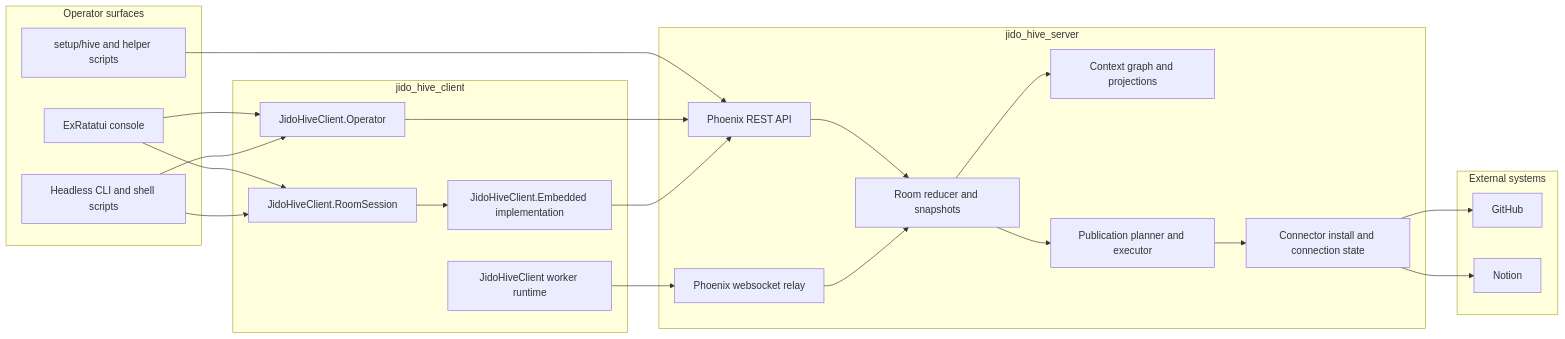
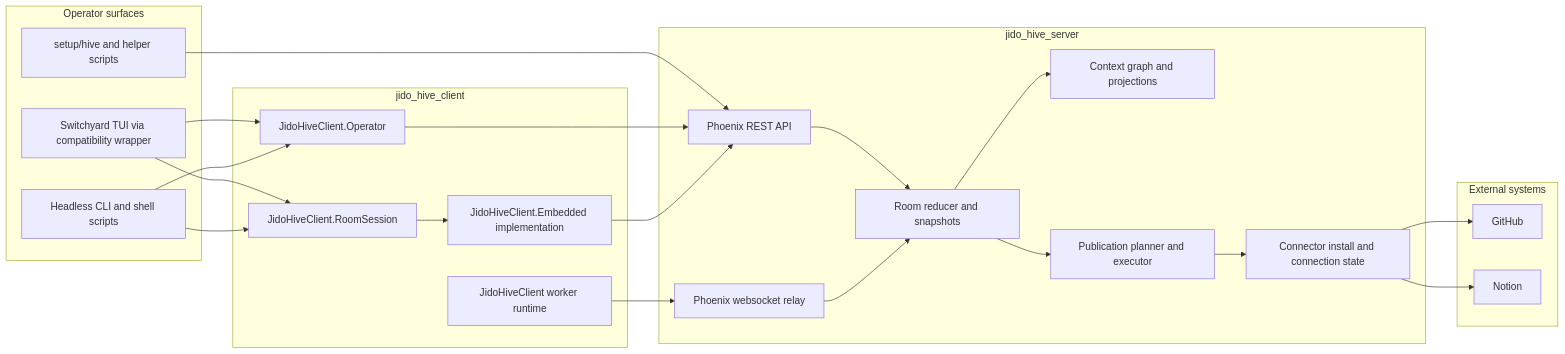
One commit to nshkrdotcom/jido_hive changed the diagram in README.md. Above: the diagram before and after it, drawn with Mermaid. The commit also changed other lines of this file and 55 other files, not shown here.

Commit message:
Migrate console to Switchyard compatibility layer

````diff
--- a/README.md
+++ b/README.md
@@ -109,46 +112,46 @@
 ```mermaid
 flowchart LR
     subgraph Operator[Operator surfaces]
-      TUI[ExRatatui console]
+      TUI[Switchyard TUI via compatibility wrapper]
       Headless[Headless CLI and shell scripts]
       Control[setup/hive and helper scripts]
     end
 
     subgraph Client[jido_hive_client]
       OperatorAPI[JidoHiveClient.Operator]
       Session[JidoHiveClient.RoomSession]
       Worker[JidoHiveClient worker runtime]
       Embedded[JidoHiveClient.Embedded implementation]
     end
 
     subgraph Server[jido_hive_server]
       API[Phoenix REST API]
       Relay[Phoenix websocket relay]
       Rooms[Room reducer and snapshots]
       Context[Context graph and projections]
       Publish[Publication planner and executor]
       Connectors[Connector install and connection state]
     end
 
     subgraph External[External systems]
       GitHub[GitHub]
       Notion[Notion]
     end
 
     TUI --> OperatorAPI
     TUI --> Session
     Headless --> OperatorAPI
     Headless --> Session
     Control --> API
     Worker --> Relay
     Session --> Embedded
     OperatorAPI --> API
     Embedded --> API
     API --> Rooms
     Relay --> Rooms
     Rooms --> Context
     Rooms --> Publish
     Publish --> Connectors
     Connectors --> GitHub
     Connectors --> Notion
 ```
````
